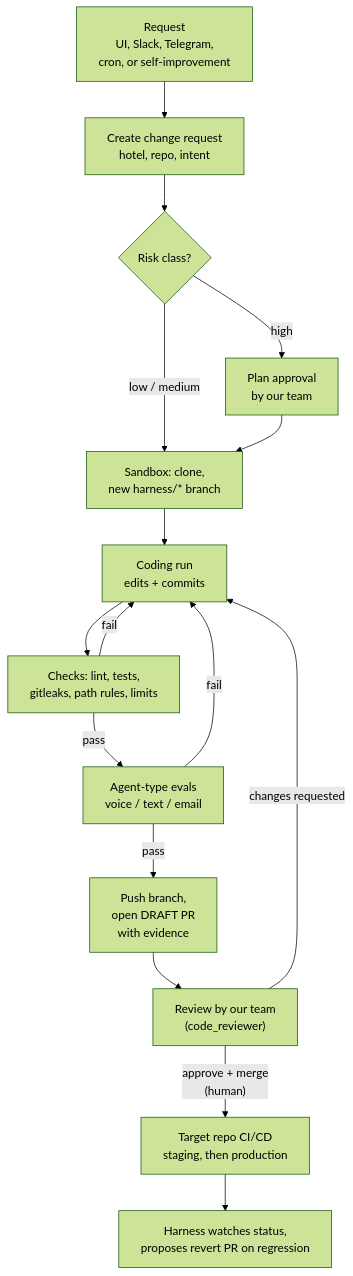
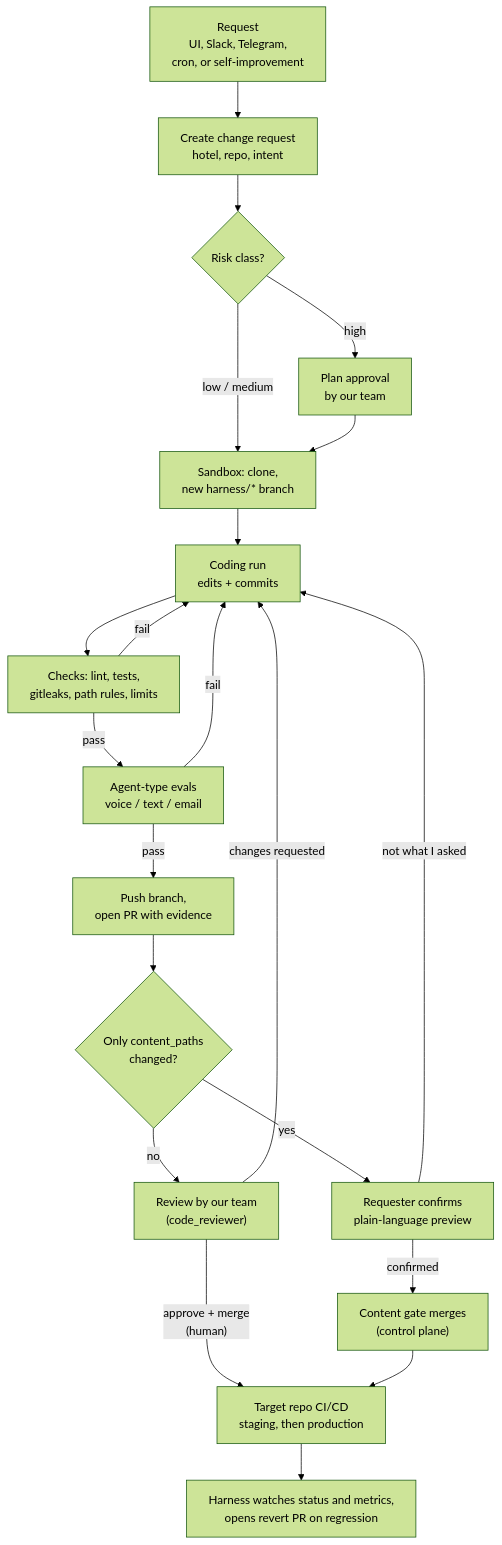
The third of 4 diagrams in docs/architecture.md (nikhilllmno/vorflux), drawn with Mermaid (forest theme) before and after one commit. The commit also changed other lines of this file, not shown here.

````diff
--- a/docs/architecture.md
+++ b/docs/architecture.md
@@ -596,23 +667,28 @@
 ```mermaid
 ---
 config:
   flowchart:
     wrappingWidth: 1000
 ---
 flowchart TD
   A["Request<br/>UI, Slack, Telegram,<br/>cron, or self-improvement"] --> B["Create change request<br/>hotel, repo, intent"]
   B --> C{"Risk class?"}
   C -->|"high"| D["Plan approval<br/>by our team"]
   C -->|"low / medium"| E["Sandbox: clone,<br/>new harness/* branch"]
   D --> E
   E --> F["Coding run<br/>edits + commits"]
   F --> G["Checks: lint, tests,<br/>gitleaks, path rules, limits"]
   G -->|"fail"| F
   G -->|"pass"| H["Agent-type evals<br/>voice / text / email"]
   H -->|"fail"| F
-  H -->|"pass"| I["Push branch,<br/>open DRAFT PR<br/>with evidence"]
-  I --> J["Review by our team<br/>(code_reviewer)"]
+  H -->|"pass"| I["Push branch,<br/>open PR with evidence"]
+  I --> T{"Only content_paths<br/>changed?"}
+  T -->|"no"| J["Review by our team<br/>(code_reviewer)"]
+  T -->|"yes"| P["Requester confirms<br/>plain-language preview"]
+  P -->|"confirmed"| CG["Content gate merges<br/>(control plane)"]
+  P -->|"not what I asked"| F
   J -->|"changes requested"| F
   J -->|"approve + merge<br/>(human)"| K["Target repo CI/CD<br/>staging, then production"]
-  K --> L["Harness watches status,<br/>proposes revert PR on regression"]
+  CG --> K
+  K --> L["Harness watches status and metrics,<br/>opens revert PR on regression"]
 ```
````
